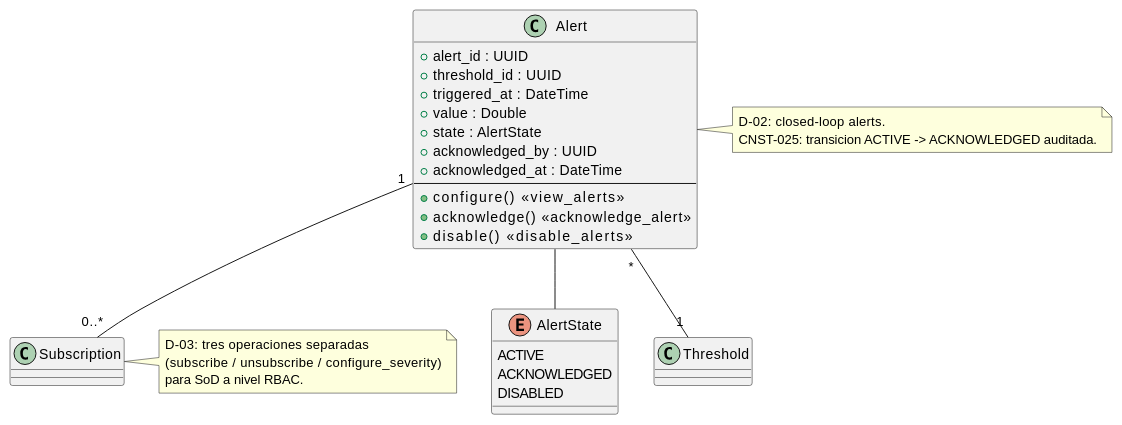
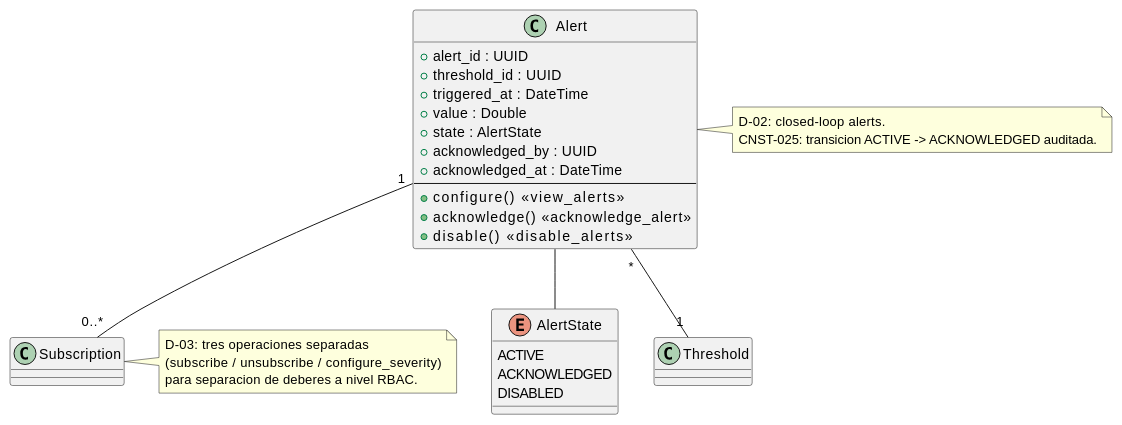
One commit to jcg-admin/IACT-docs changed the diagram in source/arquitectura-tecnica/domain-model/alert.rst. Above: the diagram before and after it, drawn with PlantUML. The commit also changed 9 other files, not shown here.

```diff
--- a/source/arquitectura-tecnica/domain-model/alert.rst
+++ b/source/arquitectura-tecnica/domain-model/alert.rst
@@ -24,43 +24,43 @@
 .. uml::
  :caption: Clase Alert — alerta con ciclo de vida closed-loop.
 
  @startuml
 
  class Alert {
    + alert_id : UUID
    + threshold_id : UUID
    + triggered_at : DateTime
    + value : Double
    + state : AlertState
    + acknowledged_by : UUID
    + acknowledged_at : DateTime
    --
    + configure()         <<view_alerts>>
    + acknowledge()       <<acknowledge_alert>>
    + disable()           <<disable_alerts>>
  }
 
  enum AlertState {
    ACTIVE
    ACKNOWLEDGED
    DISABLED
  }
 
 
 
  Alert -- AlertState
  Alert "*" -- "1" Threshold
  Alert "1" -- "0..*" Subscription
 
  note right of Alert
    D-02: closed-loop alerts.
    CNST-025: transicion ACTIVE -> ACKNOWLEDGED auditada.
  end note
 
  note right of Subscription
    D-03: tres operaciones separadas
    (subscribe / unsubscribe / configure_severity)
-   para SoD a nivel RBAC.
+   para separacion de deberes a nivel RBAC.
  end note
 
  @enduml
```
